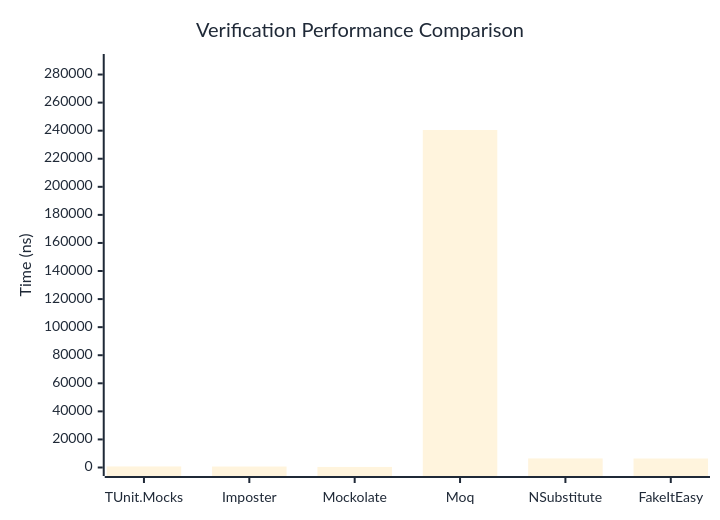
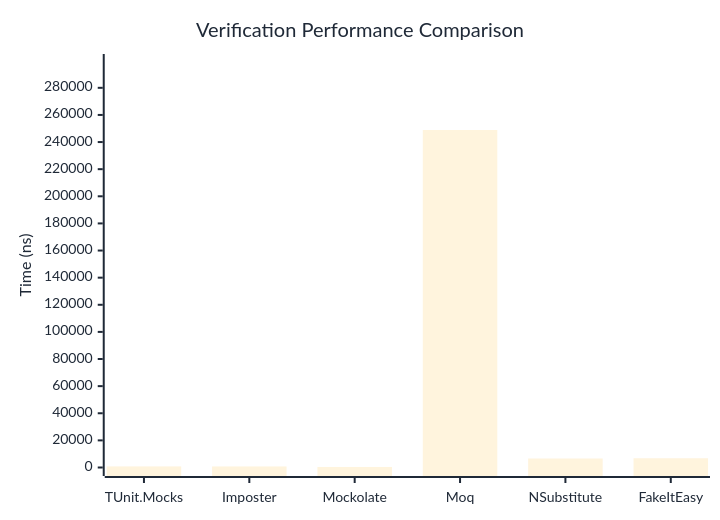
The first of 3 diagrams in docs/docs/benchmarks/mocks/Verification.md (thomhurst/TUnit), drawn with Mermaid before and after one commit. The commit also changed other lines of this file and 14 other files, not shown here.

````diff
--- a/docs/docs/benchmarks/mocks/Verification.md
+++ b/docs/docs/benchmarks/mocks/Verification.md
@@ -30,27 +30,27 @@
 ```mermaid
 %%{init: {
   'theme':'base',
   'themeVariables': {
     'primaryColor': '#2563eb',
     'primaryTextColor': '#1f2937',
     'primaryBorderColor': '#1e40af',
     'lineColor': '#6b7280',
     'secondaryColor': '#7c3aed',
     'tertiaryColor': '#dc2626',
     'background': '#ffffff',
     'pie1': '#2563eb',
     'pie2': '#7c3aed',
     'pie3': '#dc2626',
     'pie4': '#f59e0b',
     'pie5': '#10b981',
     'pie6': '#06b6d4',
     'pie7': '#ec4899',
     'pie8': '#6366f1'
   }
 }}%%
 xychart-beta
   title "Verification Performance Comparison"
   x-axis ["TUnit.Mocks", "Imposter", "Mockolate", "Moq", "NSubstitute", "FakeItEasy"]
-  y-axis "Time (ns)" 0 --> 288577
-  bar [760.75, 680.8, 398.57, 240480.1, 6464.94, 6411.13]
+  y-axis "Time (ns)" 0 --> 298668
+  bar [805.88, 764.85, 405.88, 248889.64, 6641.62, 6826.65]
 ```
````
